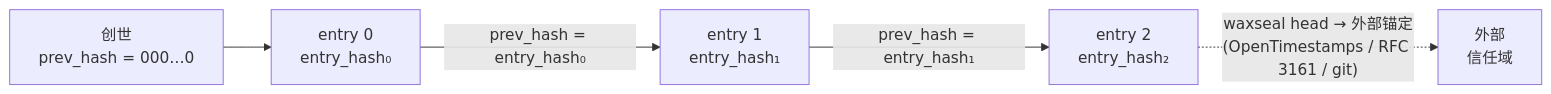
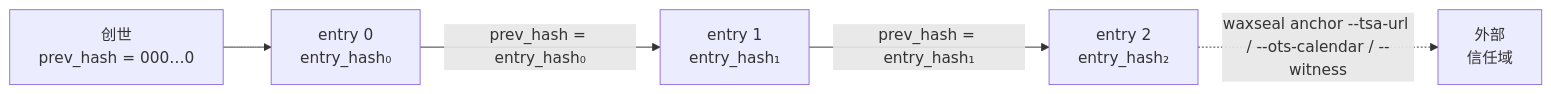
Before and after one commit to cuongbphv/waxseal: the second of 4 diagrams in README.zh.md, drawn with Mermaid. The commit also changed other lines of this file and 122 other files, not shown here.

````diff
--- a/README.zh.md
+++ b/README.zh.md
@@ -71,7 +72,7 @@
 ```mermaid
 flowchart LR
     G["创世<br/>prev_hash = 000…0"] --> E0["entry 0<br/>entry_hash₀"]
     E0 -- "prev_hash = entry_hash₀" --> E1["entry 1<br/>entry_hash₁"]
     E1 -- "prev_hash = entry_hash₁" --> E2["entry 2<br/>entry_hash₂"]
-    E2 -. "waxseal head → 外部锚定<br/>(OpenTimestamps / RFC 3161 / git)" .-> X["外部<br/>信任域"]
+    E2 -. "waxseal anchor --tsa-url / --ots-calendar / --witness" .-> X["外部<br/>信任域"]
 ```
````
